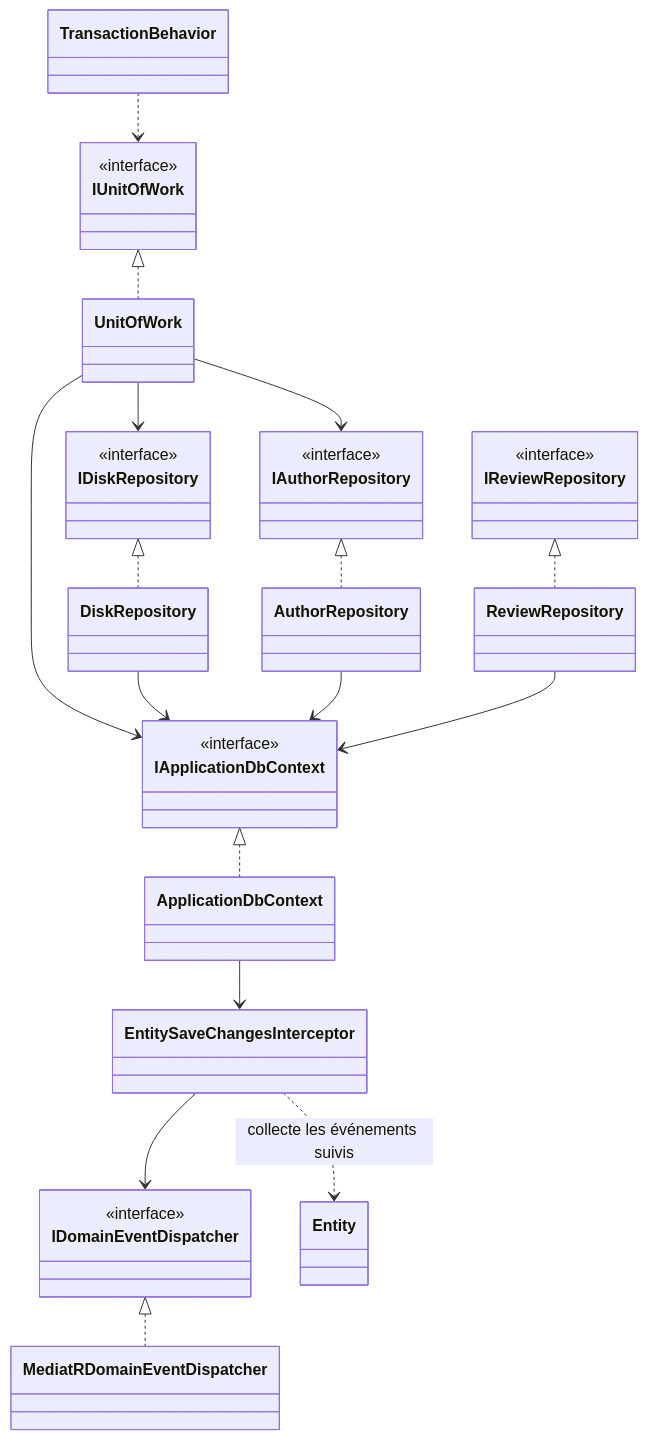
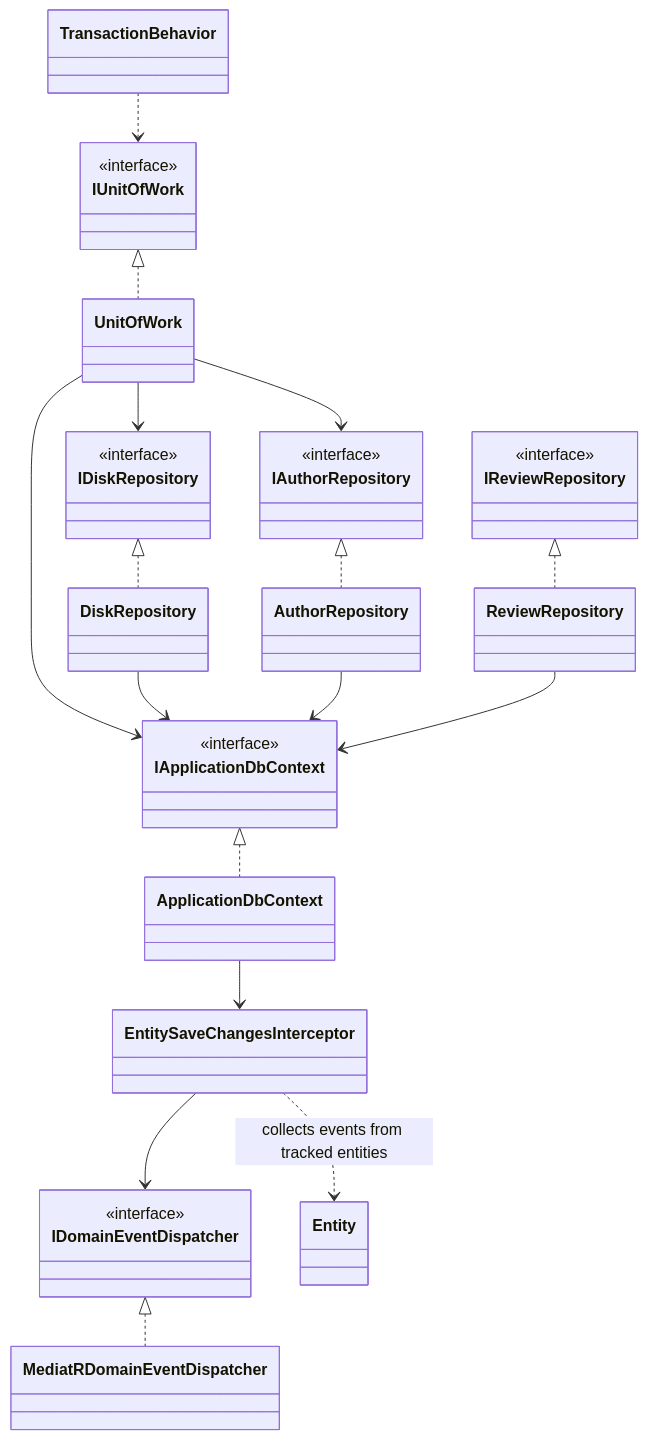
The second of 5 diagrams in docs/CLASSES.md (Fabian-Raeskinet/mydisk-api), drawn with Mermaid before and after one commit. The commit also changed other lines of this file and 5 other files, not shown here.

Commit message:
update documentation: rename use cases file and translate architecture content to English

````diff
--- a/docs/CLASSES.md
+++ b/docs/CLASSES.md
@@ -107,37 +107,37 @@
 ```mermaid
 classDiagram
     class IUnitOfWork {
         <<interface>>
     }
     class IApplicationDbContext {
         <<interface>>
     }
     class IDiskRepository {
         <<interface>>
     }
     class IAuthorRepository {
         <<interface>>
     }
     class IReviewRepository {
         <<interface>>
     }
     class IDomainEventDispatcher {
         <<interface>>
     }
     IUnitOfWork <|.. UnitOfWork
     IApplicationDbContext <|.. ApplicationDbContext
     IDiskRepository <|.. DiskRepository
     IAuthorRepository <|.. AuthorRepository
     IReviewRepository <|.. ReviewRepository
     IDomainEventDispatcher <|.. MediatRDomainEventDispatcher
     TransactionBehavior ..> IUnitOfWork
     UnitOfWork --> IDiskRepository
     UnitOfWork --> IAuthorRepository
     UnitOfWork --> IApplicationDbContext
     DiskRepository --> IApplicationDbContext
     AuthorRepository --> IApplicationDbContext
     ReviewRepository --> IApplicationDbContext
     ApplicationDbContext --> EntitySaveChangesInterceptor
     EntitySaveChangesInterceptor --> IDomainEventDispatcher
-    EntitySaveChangesInterceptor ..> Entity : collecte les événements suivis
+    EntitySaveChangesInterceptor ..> Entity : collects events from tracked entities
 ```
````
